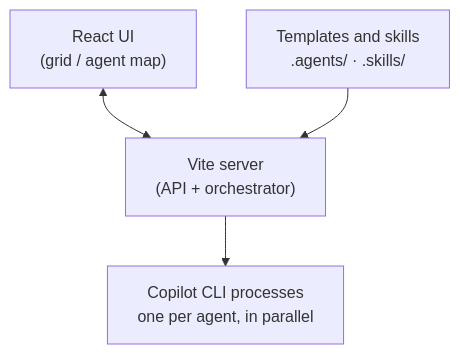
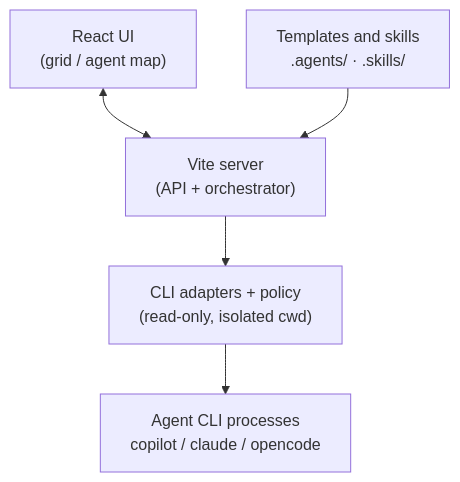
The diagram in README.md (dierodfer/AgentColony), drawn with Mermaid before and after one commit. The commit also changed other lines of this file and 20 other files, not shown here.

````diff
--- a/README.md
+++ b/README.md
@@ -74,11 +81,13 @@
 ```mermaid
 graph TD
     UI["React UI<br/>(grid / agent map)"]
     Server["Vite server<br/>(API + orchestrator)"]
-    Copilot["Copilot CLI processes<br/>one per agent, in parallel"]
+    Adapters["CLI adapters + policy<br/>(read-only, isolated cwd)"]
+    Agents["Agent CLI processes<br/>copilot / claude / opencode"]
     Config["Templates and skills<br/>.agents/ · .skills/"]
 
     UI <--> Server
-    Server --> Copilot
+    Server --> Adapters
+    Adapters --> Agents
     Config --> Server
 ```
````
